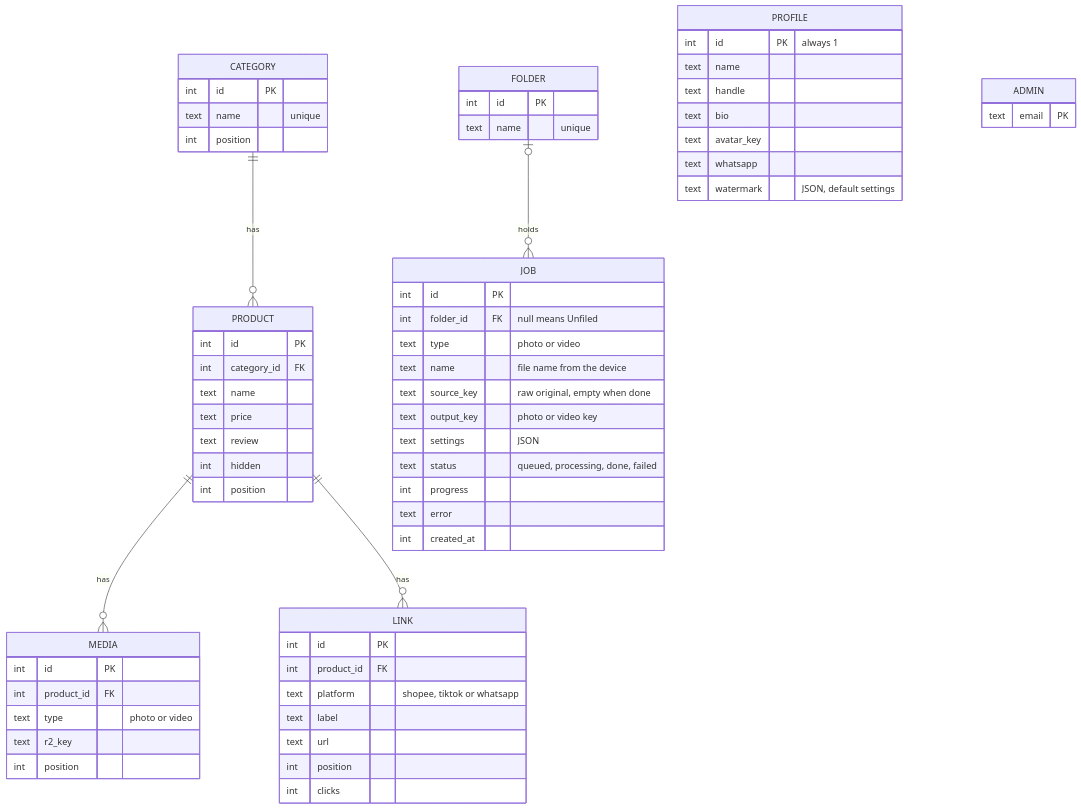
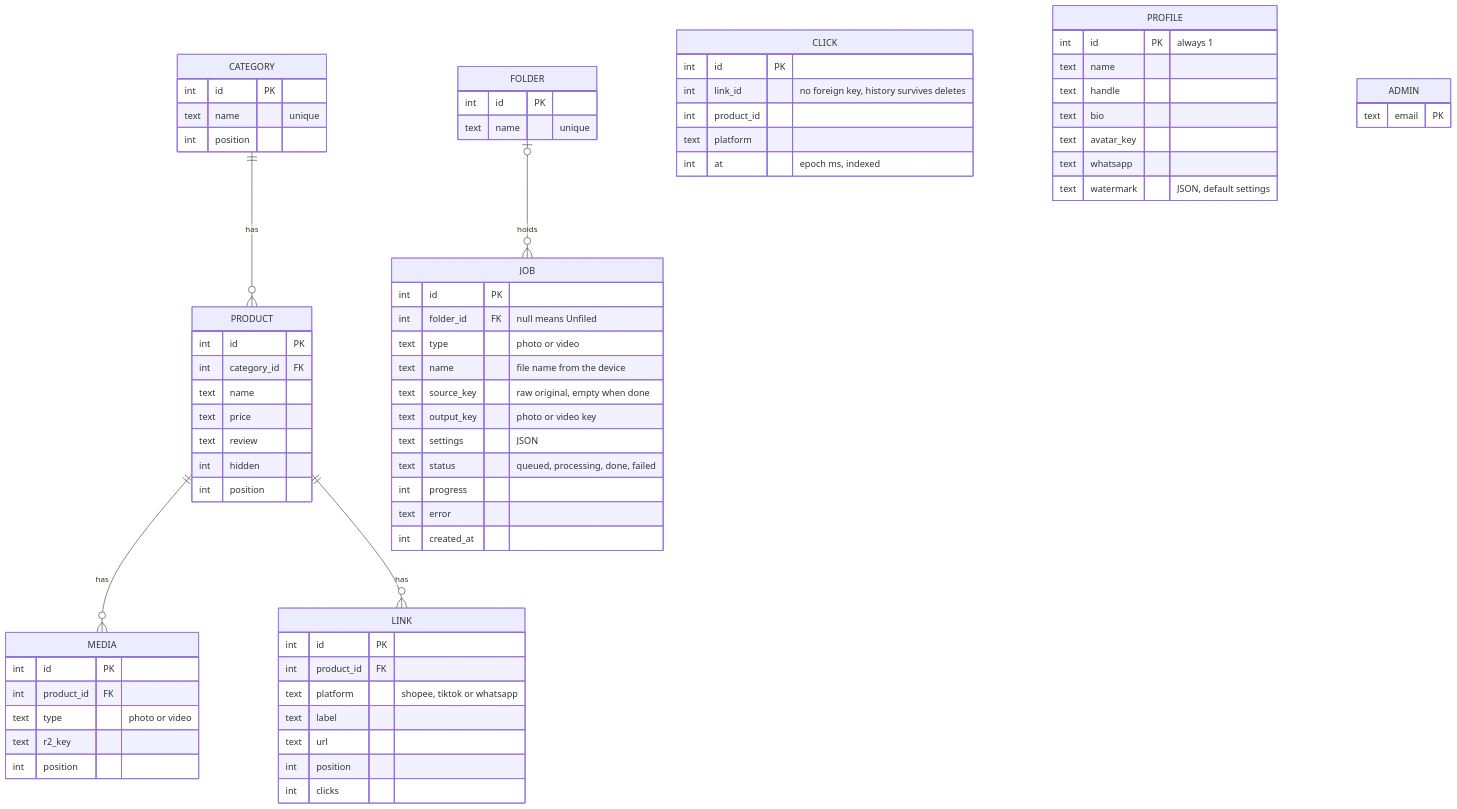
The third of 4 diagrams in docs/PRD.md (amirulhakiim/pqacam), drawn with Mermaid before and after one commit. The commit also changed other lines of this file and 1 other file, not shown here.

Commit message:
docs: document analytics and grouped buy buttons

````diff
--- a/docs/PRD.md
+++ b/docs/PRD.md
@@ -164,66 +165,73 @@
 ```mermaid
 erDiagram
     CATEGORY ||--o{ PRODUCT : has
     PRODUCT ||--o{ MEDIA : has
     PRODUCT ||--o{ LINK : has
     FOLDER |o--o{ JOB : holds
+    CLICK {
+        int id PK
+        int link_id "no foreign key, history survives deletes"
+        int product_id
+        text platform
+        int at "epoch ms, indexed"
+    }
     FOLDER {
         int id PK
         text name "unique"
     }
     JOB {
         int id PK
         int folder_id FK "null means Unfiled"
         text type "photo or video"
         text name "file name from the device"
         text source_key "raw original, empty when done"
         text output_key "photo or video key"
         text settings "JSON"
         text status "queued, processing, done, failed"
         int progress
         text error
         int created_at
     }
     PROFILE {
         int id PK "always 1"
         text name
         text handle
         text bio
         text avatar_key
         text whatsapp
         text watermark "JSON, default settings"
     }
     CATEGORY {
         int id PK
         text name "unique"
         int position
     }
     PRODUCT {
         int id PK
         int category_id FK
         text name
         text price
         text review
         int hidden
         int position
     }
     LINK {
         int id PK
         int product_id FK
         text platform "shopee, tiktok or whatsapp"
         text label
         text url
         int position
         int clicks
     }
     MEDIA {
         int id PK
         int product_id FK
         text type "photo or video"
         text r2_key
         int position
     }
     ADMIN {
         text email PK
     }
 ```
````
